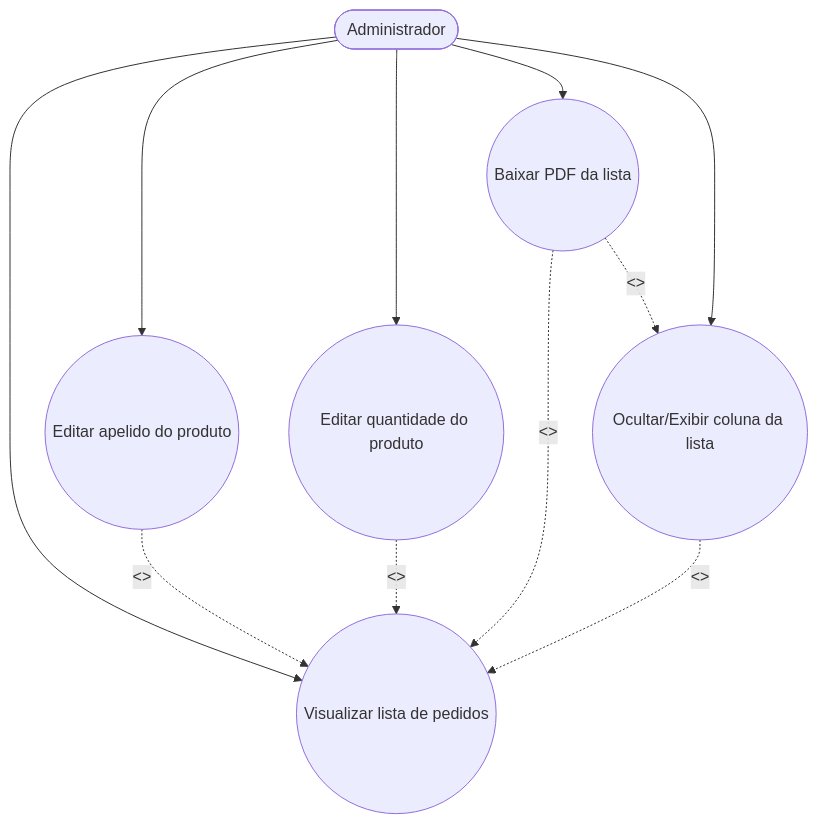
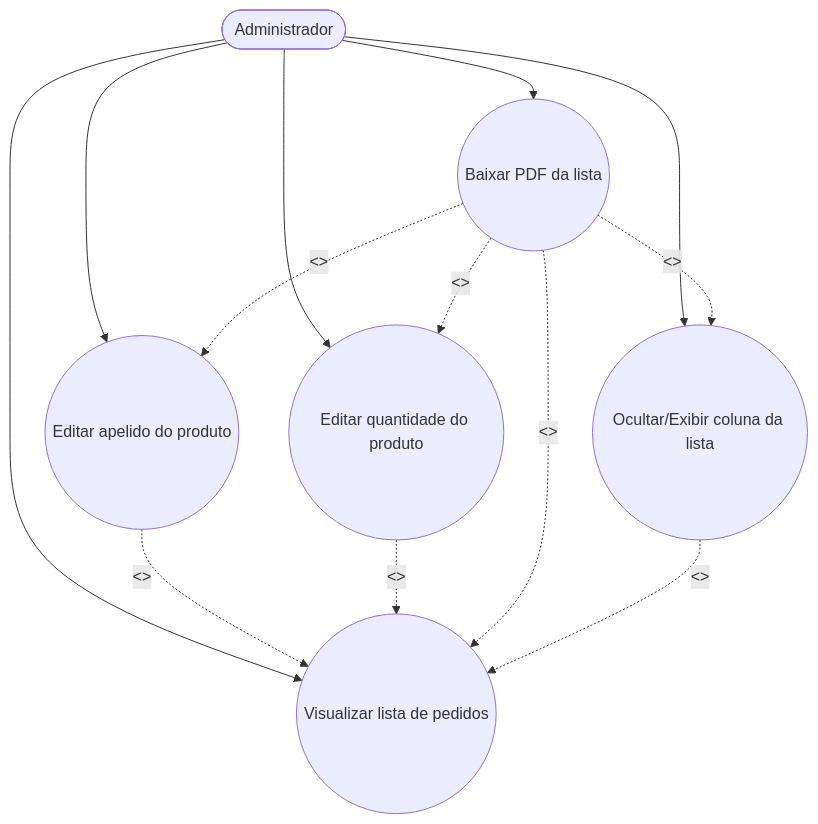
The first of 3 diagrams in README.md (rodrigovanelli/relatorio-personalizado-pedidos-pagos), drawn with Mermaid before and after one commit. The commit also changed other lines of this file, not shown here.

Commit message:
docs: adiciona diagramas de sequência e ajusta consistência do escopo

````diff
--- a/README.md
+++ b/README.md
@@ -24,21 +24,23 @@
 ```mermaid
 flowchart TD
     Admin([Administrador])
     UC1(("Visualizar lista de pedidos"))
     UC2(("Editar apelido do produto"))
     UC3(("Editar quantidade do produto"))
     UC4(("Baixar PDF da lista"))
     UC5(("Ocultar/Exibir coluna da lista"))
 
     Admin --> UC1
     Admin --> UC2
     Admin --> UC3
     Admin --> UC4
     Admin --> UC5
 
     UC2 -.->|"<<include>>"| UC1
     UC3 -.->|"<<include>>"| UC1
     UC4 -.->|"<<include>>"| UC1
     UC5 -.->|"<<include>>"| UC1
     UC4 -.->|"<<include>>"| UC5
+    UC4 -.->|"<<include>>"| UC2
+    UC4 -.->|"<<include>>"| UC3
 ```
````
